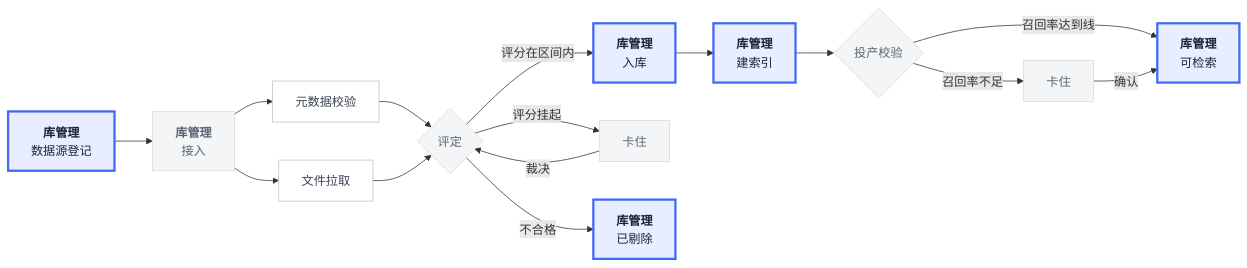
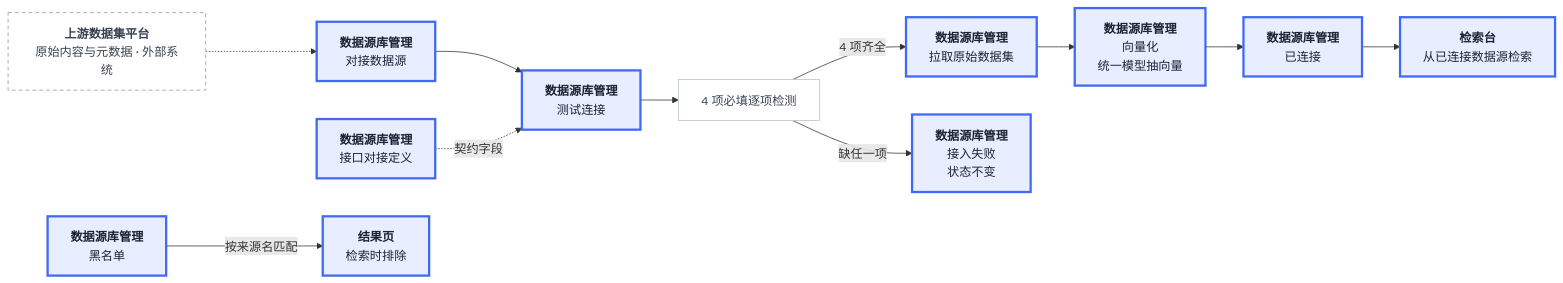
One commit to helichiyu/hyqx-cross-modal-retrieval changed the third of 12 diagrams in docs/【数据流图】跨模态检索中心 · 系统数据流.md. Above: the diagram before and after it, drawn with Mermaid. The commit also changed other lines of this file and 10 other files, not shown here.

````diff
--- a/docs/【数据流图】跨模态检索中心 · 系统数据流.md
+++ b/docs/【数据流图】跨模态检索中心 · 系统数据流.md
@@ -93,24 +88,21 @@
 ```mermaid
 flowchart LR
-  U["<b>库管理</b><br/>数据源登记"] --> P["<b>库管理</b><br/>接入"]
-  P --> P1["元数据校验"]
-  P --> P2["文件拉取"]
-  P1 --> G{评定}
-  P2 --> G
-  G -->|评分在区间内| H["<b>库管理</b><br/>入库"]
-  G -->|评分挂起| X["卡住"]
-  X -->|裁决| G
-  G -->|不合格| Z["<b>库管理</b><br/>已剔除"]
-  H --> I["<b>库管理</b><br/>建索引"]
-  I --> J{投产校验}
-  J -->|召回率达到线| K["<b>库管理</b><br/>可检索"]
-  J -->|召回率不足| Y["卡住"]
-  Y -->|确认| K
+  EXT["<b>上游数据集平台</b><br/>原始内容与元数据 · 外部系统"] -.-> A["<b>数据源库管理</b><br/>对接数据源"]
+  A --> B["<b>数据源库管理</b><br/>测试连接"]
+  B --> B1["4 项必填逐项检测"]
+  B1 -->|4 项齐全| C["<b>数据源库管理</b><br/>拉取原始数据集"]
+  B1 -->|缺任一项| F["<b>数据源库管理</b><br/>接入失败<br/>状态不变"]
+  C --> D["<b>数据源库管理</b><br/>向量化<br/>统一模型抽向量"]
+  D --> E["<b>数据源库管理</b><br/>已连接"]
+  H["<b>数据源库管理</b><br/>接口对接定义"] -.->|契约字段| B
+  I["<b>数据源库管理</b><br/>黑名单"] -->|按来源名匹配| J["<b>结果页</b><br/>检索时排除"]
+  E --> K["<b>检索台</b><br/>从已连接数据源检索"]
 
   classDef l2 fill:#e8eeff,stroke:#4169f6,color:#1c2434,stroke-width:3px
+  classDef ext fill:#ffffff,stroke:#8b93a7,color:#3a4252,stroke-dasharray: 5 4
   classDef fn fill:#ffffff,stroke:#b7c0d0,color:#3a4252,stroke-width:1px
   classDef step fill:#f4f5f7,stroke:#d5dae3,color:#5c6573,stroke-width:1px
-  class U,H,I,K,Z l2
-  class P1,P2 fn
-  class P,G,J,X,Y step
+  class A,B,C,D,E,F,H,I,J,K l2
+  class EXT ext
+  class B1 fn
 ```
````
